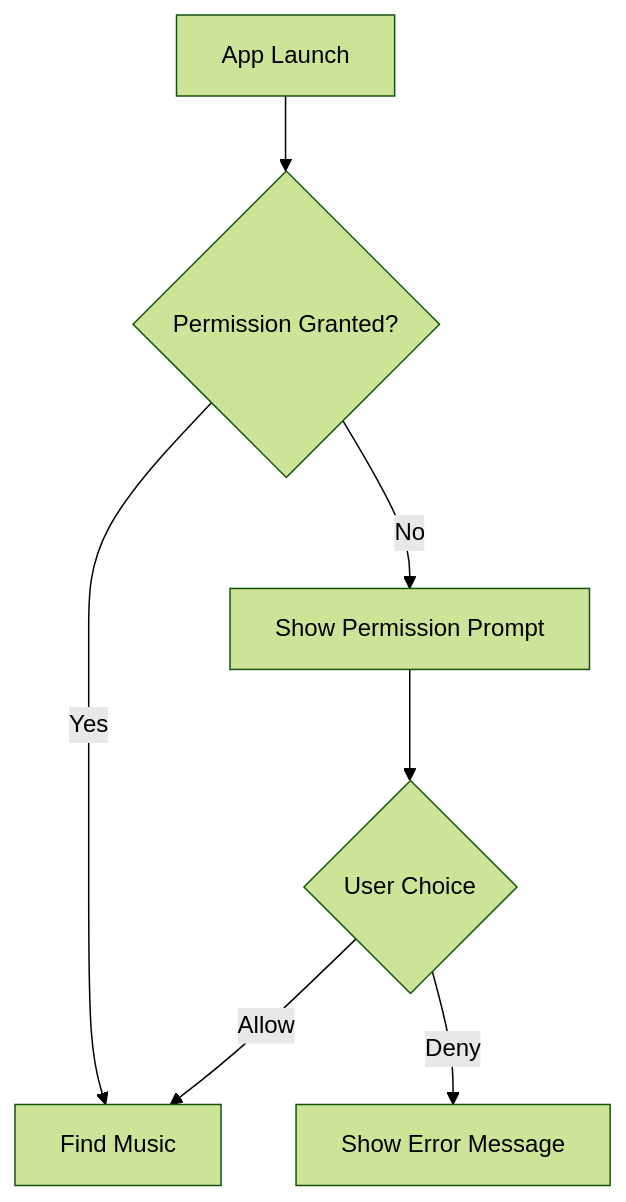
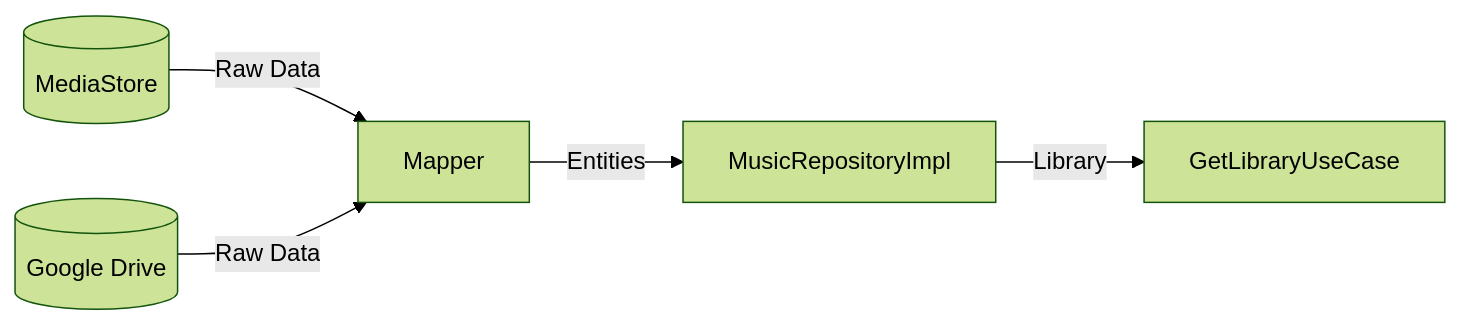
Before and after one commit to photom/SheepPlayer: the second of 2 diagrams in docs/tutorial.md, drawn with Mermaid (forest theme). The commit also changed other lines of this file and 3 other files, not shown here.

````diff
--- a/docs/tutorial.md
+++ b/docs/tutorial.md
@@ -65,9 +56,7 @@
 ```mermaid
-flowchart TD
-    Start[App Launch] --> Check{Permission Granted?}
-    Check -- Yes --> Load[Find Music]
-    Check -- No --> Request[Show Permission Prompt]
-    Request --> Result{User Choice}
-    Result -- Allow --> Load
-    Result -- Deny --> Error[Show Error Message]
+flowchart LR
+    MS[(MediaStore)] -- Raw Data --> M[Mapper]
+    GD[(Google Drive)] -- Raw Data --> M
+    M -- Entities --> Repo[MusicRepositoryImpl]
+    Repo -- Library --> UC[GetLibraryUseCase]
 ```
````
